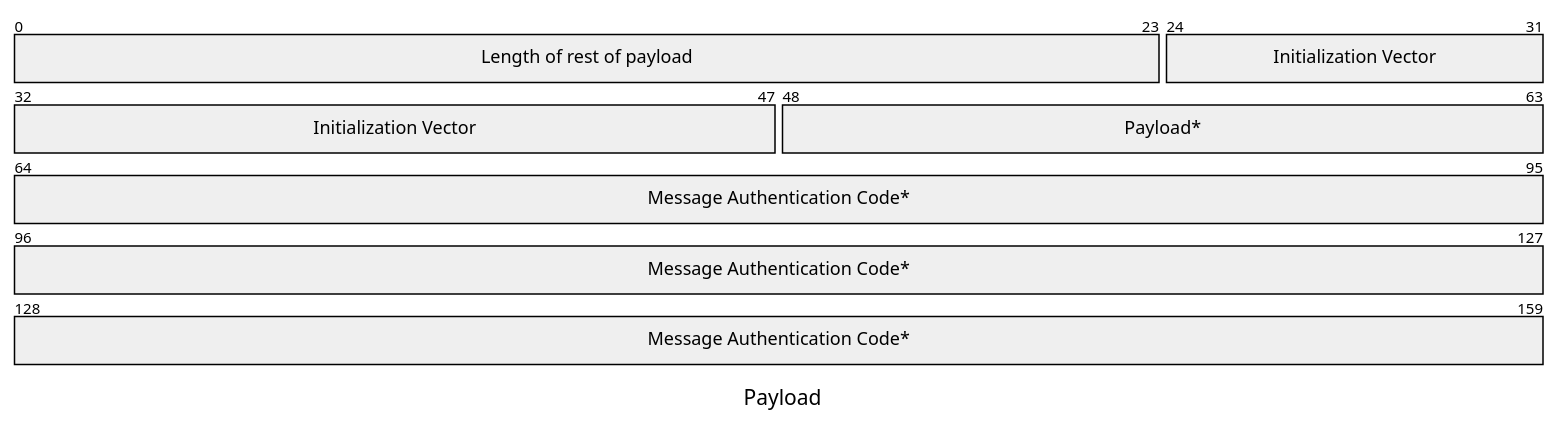
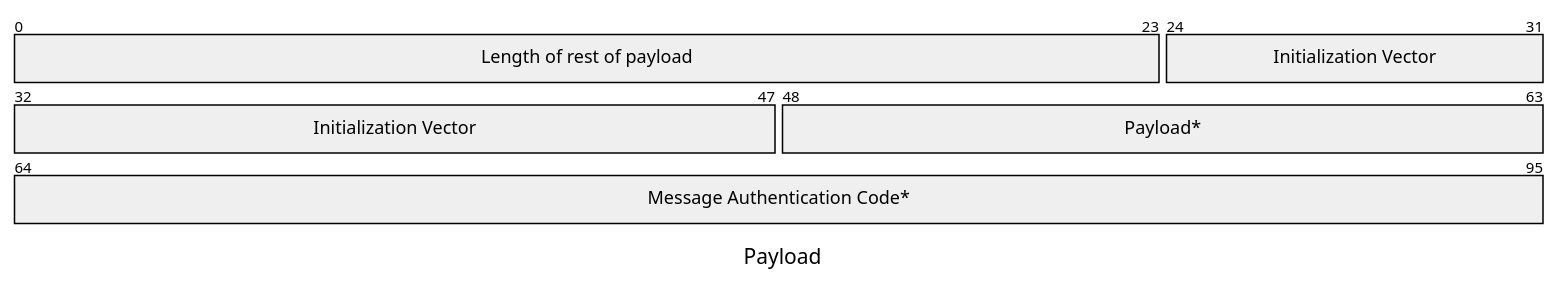
The fifth of 7 diagrams in schema/nanotdf/README.md (opentdf/spec), drawn with Mermaid before and after one commit. The commit also changed other lines of this file, not shown here.

````diff
--- a/schema/nanotdf/README.md
+++ b/schema/nanotdf/README.md
@@ -127,10 +127,10 @@
 ```mermaid
 ---
 title: "Payload"
 ---
 packet-beta
 0-23: "Length of rest of payload"
 24-47: "Initialization Vector"
 48-63: "Payload*"
-64-159: "Message Authentication Code*"
+64-95: "Message Authentication Code*"
 ```
````
